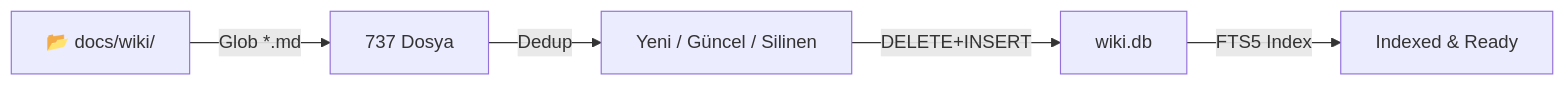
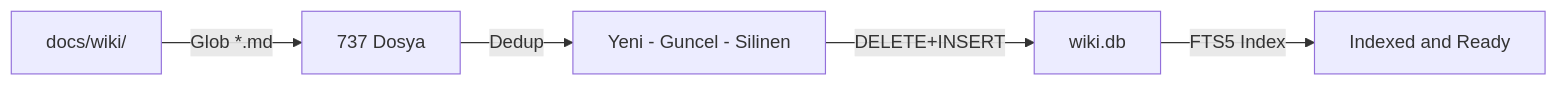
The fourth of 5 diagrams in README.md (tasdeleno/SiberSelma), drawn with Mermaid before and after one commit. The commit also changed other lines of this file, not shown here.

First line of the commit message:
fix: Mermaid diyagramlarından emoji ve HTML tag'leri temizlendi

````diff
--- a/README.md
+++ b/README.md
@@ -199,7 +199,7 @@
 ```mermaid
 graph LR
-    A["📂 docs/wiki/"] -->|Glob *.md| B["737 Dosya"]
-    B -->|Dedup| C["Yeni / Güncel / Silinen"]
+    A["docs/wiki/"] -->|Glob *.md| B["737 Dosya"]
+    B -->|Dedup| C["Yeni - Guncel - Silinen"]
     C -->|DELETE+INSERT| D["wiki.db"]
-    D -->|FTS5 Index| E["Indexed & Ready"]
+    D -->|FTS5 Index| E["Indexed and Ready"]
 ```
````
